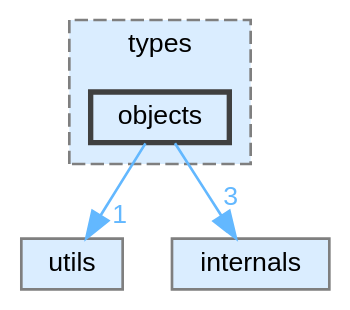
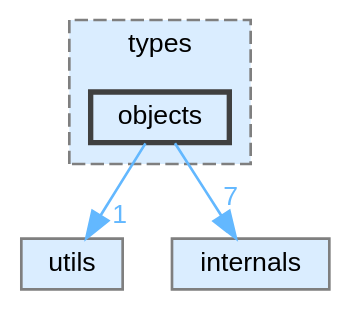
One commit to JS-CMP/JS-CMP changed the diagram in dir_6f679e7a520f311039e4f0b30094b878_dep.dot. Above: the diagram before and after it, drawn with Graphviz. The commit also changed 298 other files, not shown here.

```diff
--- a/dir_6f679e7a520f311039e4f0b30094b878_dep.dot
+++ b/dir_6f679e7a520f311039e4f0b30094b878_dep.dot
@@ -1,16 +1,16 @@
 digraph "includes/types/objects"
 {
  // LATEX_PDF_SIZE
   bgcolor="transparent";
   edge [fontname=Helvetica,fontsize=10,labelfontname=Helvetica,labelfontsize=10];
   node [fontname=Helvetica,fontsize=10,shape=box,height=0.2,width=0.4];
   compound=true
   subgraph clusterdir_00373071588607d1d83d0faa600e52a0 {
     graph [ bgcolor="#daedff", pencolor="grey50", label="types", fontname=Helvetica,fontsize=10 style="filled,dashed", URL="dir_00373071588607d1d83d0faa600e52a0.html",tooltip=""]
   dir_6f679e7a520f311039e4f0b30094b878 [label="objects", fillcolor="#daedff", color="grey25", style="filled,bold", URL="dir_6f679e7a520f311039e4f0b30094b878.html",tooltip=""];
   }
   dir_3f8feeb2fa3bd0d1b751b257ed9f12a2 [label="utils", fillcolor="#daedff", color="grey50", style="filled", URL="dir_3f8feeb2fa3bd0d1b751b257ed9f12a2.html",tooltip=""];
   dir_a9d9b9bbf15479e3064110165d860e33 [label="internals", fillcolor="#daedff", color="grey50", style="filled", URL="dir_a9d9b9bbf15479e3064110165d860e33.html",tooltip=""];
-  dir_6f679e7a520f311039e4f0b30094b878->dir_3f8feeb2fa3bd0d1b751b257ed9f12a2 [headlabel="1", labeldistance=1.5 headhref="dir_000015_000023.html" href="dir_000015_000023.html" color="steelblue1" fontcolor="steelblue1"];
-  dir_6f679e7a520f311039e4f0b30094b878->dir_a9d9b9bbf15479e3064110165d860e33 [headlabel="3", labeldistance=1.5 headhref="dir_000015_000008.html" href="dir_000015_000008.html" color="steelblue1" fontcolor="steelblue1"];
+  dir_6f679e7a520f311039e4f0b30094b878->dir_3f8feeb2fa3bd0d1b751b257ed9f12a2 [headlabel="1", labeldistance=1.5 headhref="dir_000018_000027.html" href="dir_000018_000027.html" color="steelblue1" fontcolor="steelblue1"];
+  dir_6f679e7a520f311039e4f0b30094b878->dir_a9d9b9bbf15479e3064110165d860e33 [headlabel="7", labeldistance=1.5 headhref="dir_000018_000010.html" href="dir_000018_000010.html" color="steelblue1" fontcolor="steelblue1"];
 }
```
